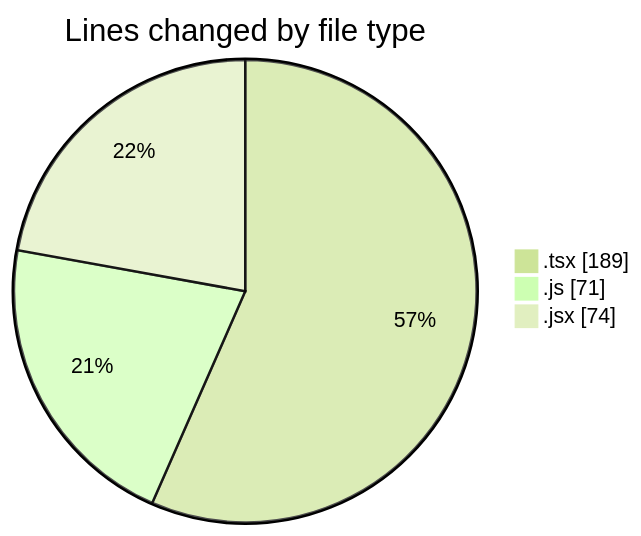
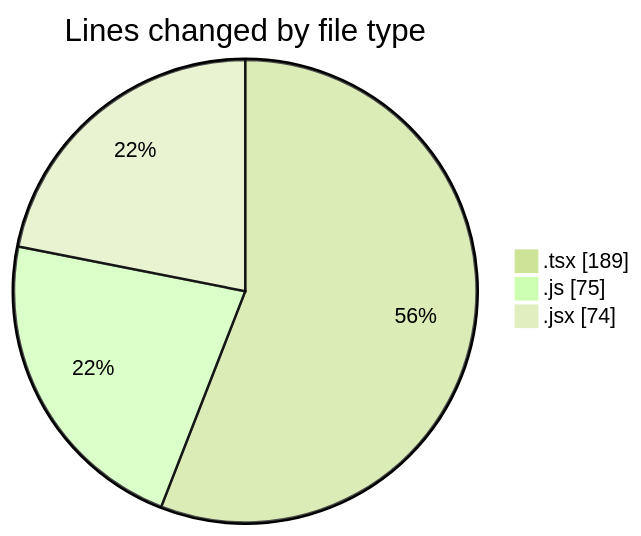
Before and after one commit to momahboobian/code-tracking: the first of 2 diagrams in 2025-05-08/cda/README.md, drawn with Mermaid (forest theme). The commit also changed other lines of this file and 1 other file, not shown here.

````diff
--- a/2025-05-08/cda/README.md
+++ b/2025-05-08/cda/README.md
@@ -23,7 +23,7 @@
 ```mermaid
 pie showData
 title Lines changed by file type
 ".tsx" : 189
-".js" : 71
+".js" : 75
 ".jsx" : 74
 ```
````
